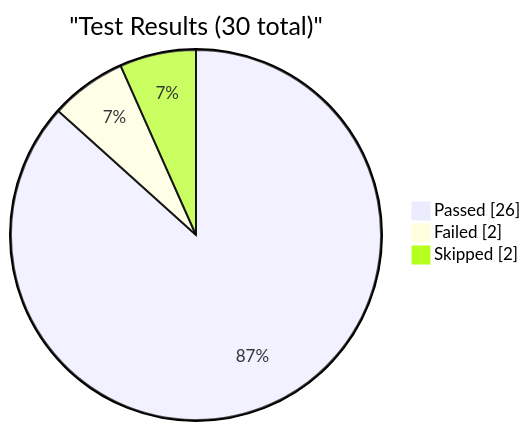
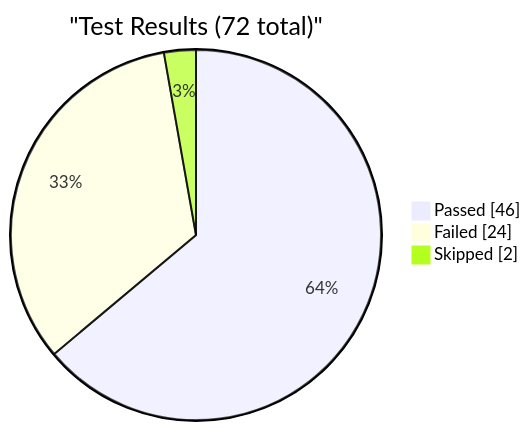
The first of 4 diagrams in reports/dashboard.md (EliteaAI/onetest-ai-tm-Elitea), drawn with Mermaid before and after one commit. The commit also changed other lines of this file and 1 other file, not shown here.

Commit message:
dashboard: update test metrics for RUN-ELITEA-2026-10-03-207-DEV-STABLE-SMOKE-ARTIFACTS-SCHEDULED-FAILED

````diff
--- a/reports/dashboard.md
+++ b/reports/dashboard.md
@@ -9,7 +9,7 @@
 ```mermaid
 pie showData
-    title "Test Results (30 total)"
-    "Passed" : 26
-    "Failed" : 2
+    title "Test Results (72 total)"
+    "Passed" : 46
+    "Failed" : 24
     "Skipped" : 2
 ```
````
